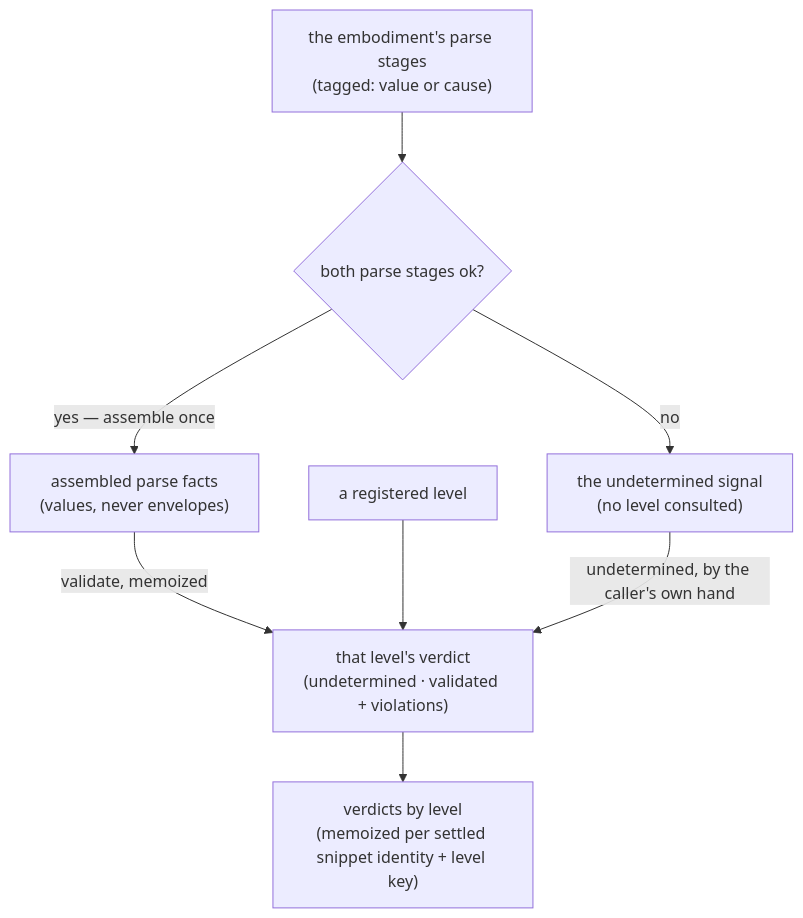
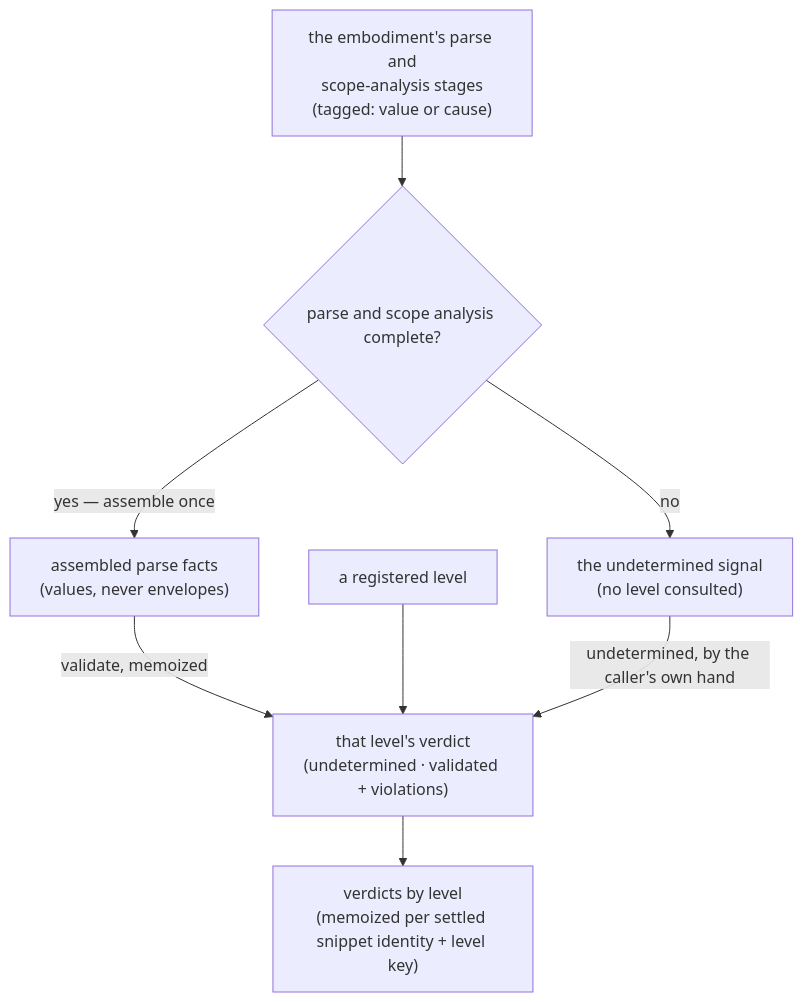
Before and after one commit to codeschoolinabox/curricula: the diagram in src/lib/study-lenses/orchestrate/lib/validating/DOCS.md, drawn with Mermaid. The commit also changed other lines of this file and 8 other files, not shown here.

````diff
--- a/src/lib/study-lenses/orchestrate/lib/validating/DOCS.md
+++ b/src/lib/study-lenses/orchestrate/lib/validating/DOCS.md
@@ -32,17 +34,17 @@
 ```mermaid
 flowchart TD
-    EMB["the embodiment's parse stages<br/>(tagged: value or cause)"]
-    APF{"both parse stages ok?"}
+    EMB["the embodiment's parse and<br/>scope-analysis stages<br/>(tagged: value or cause)"]
+    APF{"parse and scope analysis complete?"}
     PF["assembled parse facts<br/>(values, never envelopes)"]
     UND["the undetermined signal<br/>(no level consulted)"]
     LVL["a registered level"]
     VER["that level's verdict<br/>(undetermined · validated + violations)"]
     MEMO["verdicts by level<br/>(memoized per settled snippet identity + level key)"]
     EMB --> APF
     APF -->|yes — assemble once| PF
     APF -->|no| UND
     PF -->|"validate, memoized"| VER
     LVL --> VER
     UND -->|"undetermined, by the caller's own hand"| VER
     VER --> MEMO
 ```
````
